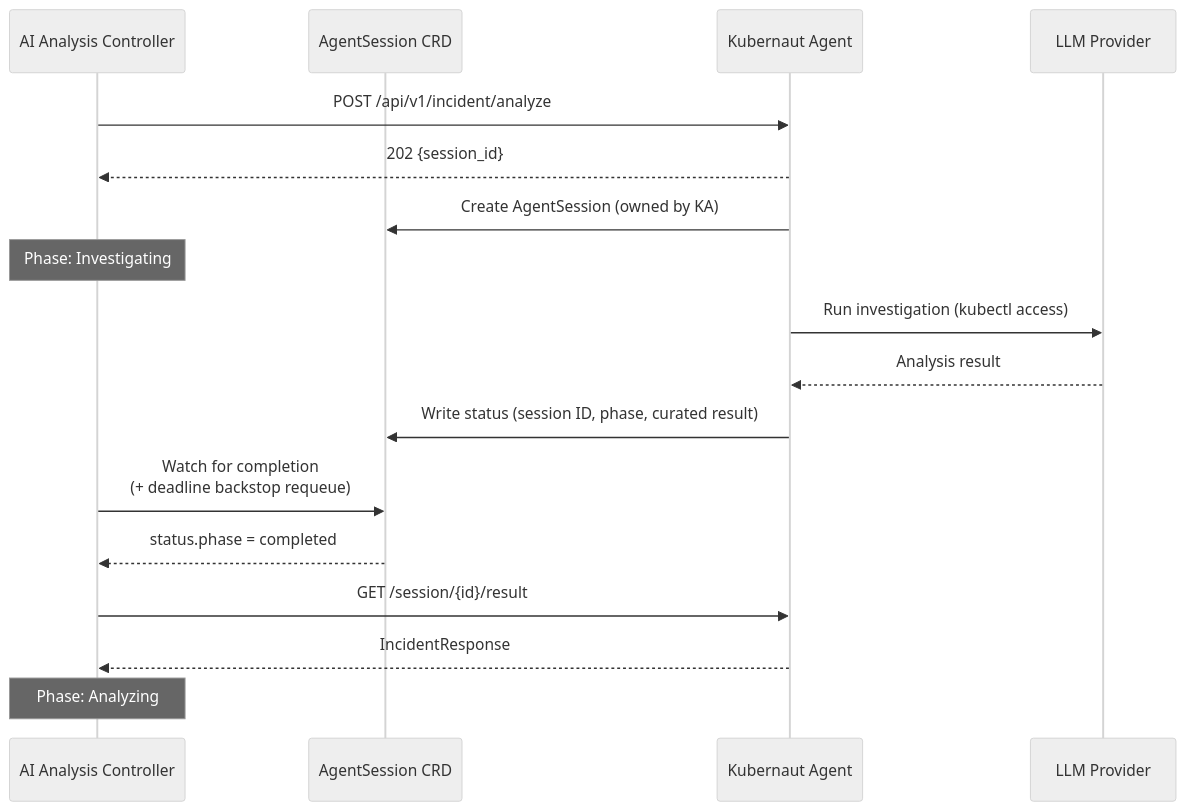
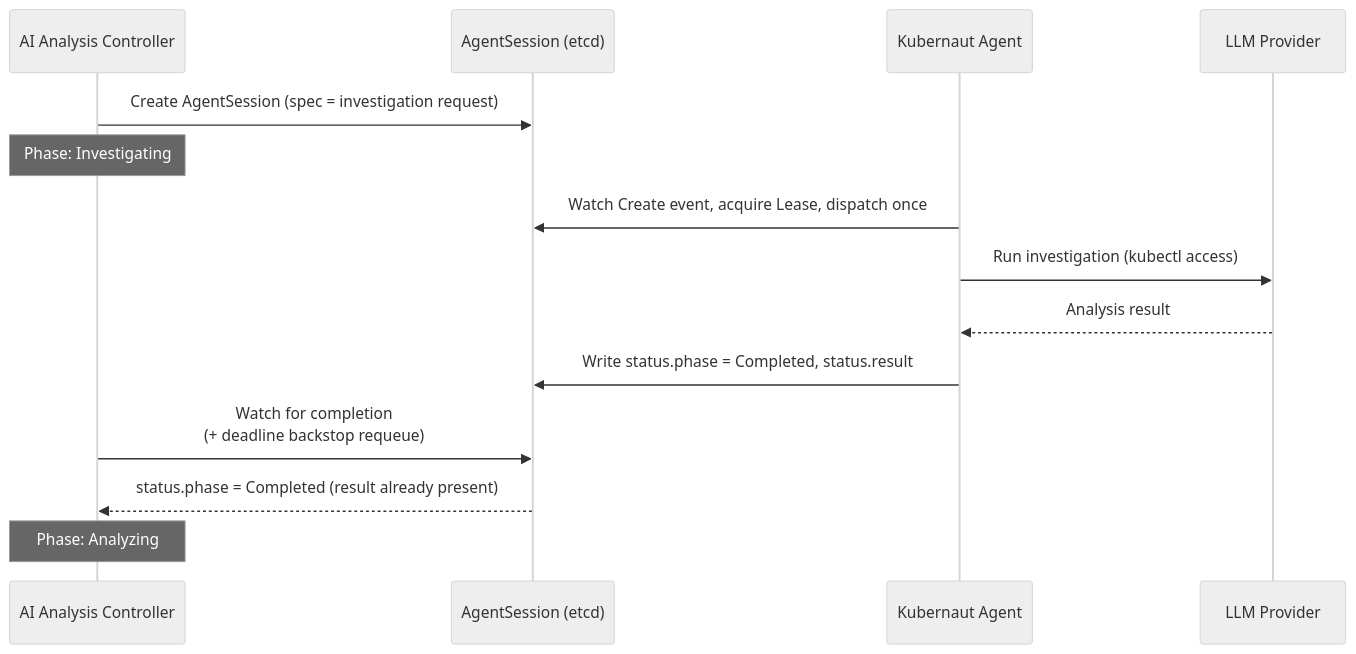
The second of 2 diagrams in docs/architecture/ai-analysis.md (jordigilh/kubernaut-docs), drawn with Mermaid (neutral theme) before and after one commit. The commit also changed other lines of this file and 8 other files, not shown here.

````diff
--- a/docs/architecture/ai-analysis.md
+++ b/docs/architecture/ai-analysis.md
@@ -32,23 +33,19 @@
 ```mermaid
 sequenceDiagram
     participant AA as AI Analysis Controller
-    participant AS as AgentSession CRD
+    participant AS as AgentSession (etcd)
     participant KA as Kubernaut Agent
     participant LLM as LLM Provider
 
-    AA->>KA: POST /api/v1/incident/analyze
-    KA-->>AA: 202 {session_id}
-    KA->>AS: Create AgentSession (owned by KA)
+    AA->>AS: Create AgentSession (spec = investigation request)
     Note over AA: Phase: Investigating
 
+    KA->>AS: Watch Create event, acquire Lease, dispatch once
     KA->>LLM: Run investigation (kubectl access)
     LLM-->>KA: Analysis result
-    KA->>AS: Write status (session ID, phase, curated result)
+    KA->>AS: Write status.phase = Completed, status.result
 
     AA->>AS: Watch for completion<br/>(+ deadline backstop requeue)
-    AS-->>AA: status.phase = completed
-
-    AA->>KA: GET /session/{id}/result
-    KA-->>AA: IncidentResponse
+    AS-->>AA: status.phase = Completed (result already present)
     Note over AA: Phase: Analyzing
 ```
````
